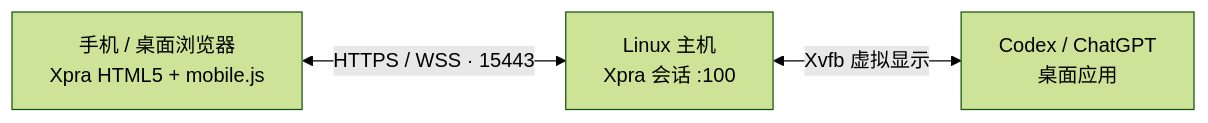
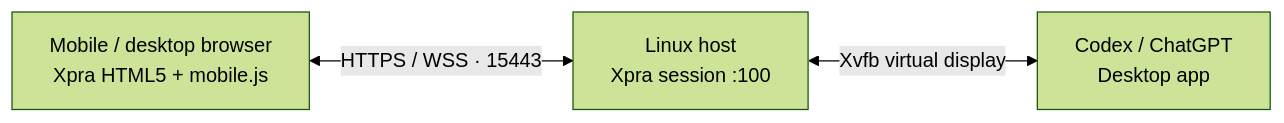
The diagram in README.md (shenmuegit/codex-console), drawn with Mermaid (forest theme) before and after one commit. The commit also changed other lines of this file, not shown here.

````diff
--- a/README.md
+++ b/README.md
@@ -44,8 +44,8 @@
 ```mermaid
 flowchart LR
-    Browser["手机 / 桌面浏览器<br/>Xpra HTML5 + mobile.js"]
-    Xpra["Linux 主机<br/>Xpra 会话 :100"]
-    App["Codex / ChatGPT<br/>桌面应用"]
+    Browser["Mobile / desktop browser<br/>Xpra HTML5 + mobile.js"]
+    Xpra["Linux host<br/>Xpra session :100"]
+    App["Codex / ChatGPT<br/>Desktop app"]
     Browser <-->|"HTTPS / WSS · 15443"| Xpra
-    Xpra <-->|"Xvfb 虚拟显示"| App
+    Xpra <-->|"Xvfb virtual display"| App
 ```
````
